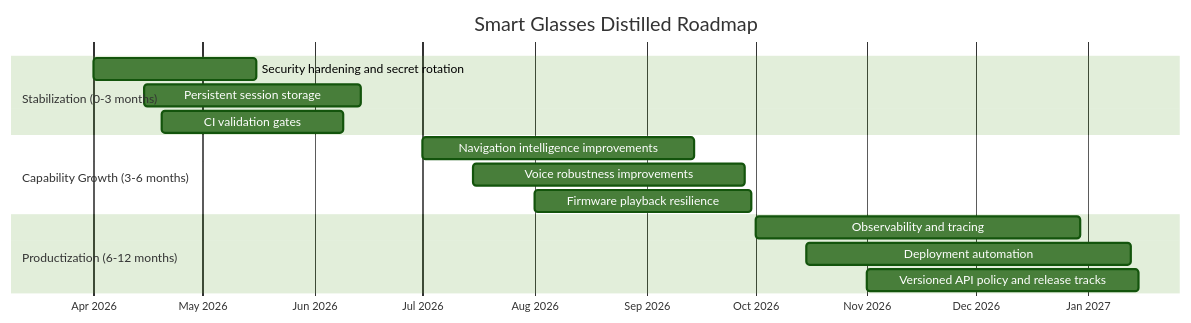
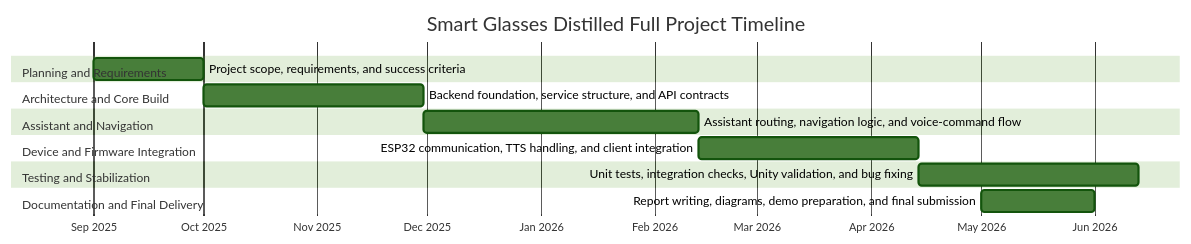
Before and after one commit to mozaikuu/AR_Glasses: the sixth of 6 diagrams in docs/14_graduation/architecture_and_dataflow_diagrams.md, drawn with Mermaid (forest theme). The commit also changed 184 other files, not shown here.

````diff
--- a/docs/14_graduation/architecture_and_dataflow_diagrams.md
+++ b/docs/14_graduation/architecture_and_dataflow_diagrams.md
@@ -119,21 +119,24 @@
 ```mermaid
 gantt
-    title Smart Glasses Distilled Roadmap
+    title Smart Glasses Distilled Full Project Timeline
     dateFormat  YYYY-MM-DD
     axisFormat  %b %Y
 
-    section Stabilization (0-3 months)
-    Security hardening and secret rotation   :a1, 2026-04-01, 45d
-    Persistent session storage               :a2, 2026-04-15, 60d
-    CI validation gates                      :a3, 2026-04-20, 50d
+    section Planning and Requirements
+    Project scope, requirements, and success criteria :a1, 2025-09-01, 30d
 
-    section Capability Growth (3-6 months)
-    Navigation intelligence improvements     :b1, 2026-07-01, 75d
-    Voice robustness improvements            :b2, 2026-07-15, 75d
-    Firmware playback resilience             :b3, 2026-08-01, 60d
+    section Architecture and Core Build
+    Backend foundation, service structure, and API contracts :a2, after a1, 60d
 
-    section Productization (6-12 months)
-    Observability and tracing                :c1, 2026-10-01, 90d
-    Deployment automation                    :c2, 2026-10-15, 90d
-    Versioned API policy and release tracks :c3, 2026-11-01, 75d
+    section Assistant and Navigation
+    Assistant routing, navigation logic, and voice-command flow :a3, after a2, 75d
+
+    section Device and Firmware Integration
+    ESP32 communication, TTS handling, and client integration :a4, after a3, 60d
+
+    section Testing and Stabilization
+    Unit tests, integration checks, Unity validation, and bug fixing :a5, after a4, 60d
+
+    section Documentation and Final Delivery
+    Report writing, diagrams, demo preparation, and final submission :a6, 2026-05-01, 2026-06-01
 ```
````
